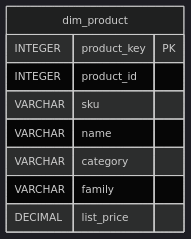
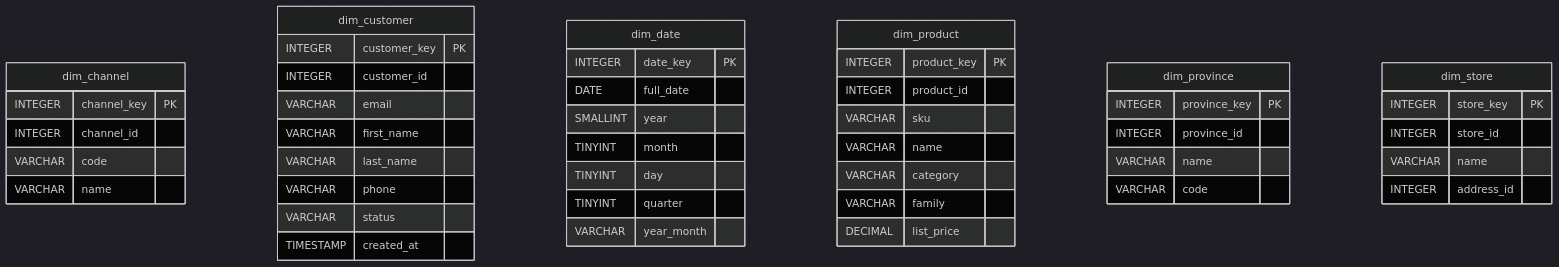
Before and after one commit to LucaGiu204/practica-imond: the diagram in dw/modelo_estrella.md, drawn with Mermaid (dark theme). The commit also changed 6 other files, not shown here.

````diff
--- a/dw/modelo_estrella.md
+++ b/dw/modelo_estrella.md
@@ -5,12 +5,49 @@
 ```mermaid
 erDiagram
+    dim_channel {
+        INTEGER channel_key PK
+        INTEGER channel_id
+        VARCHAR code
+        VARCHAR name
+    }
+    dim_customer {
+        INTEGER customer_key PK
+        INTEGER customer_id
+        VARCHAR email
+        VARCHAR first_name
+        VARCHAR last_name
+        VARCHAR phone
+        VARCHAR status
+        TIMESTAMP created_at
+    }
+    dim_date {
+        INTEGER date_key PK
+        DATE full_date
+        SMALLINT year
+        TINYINT month
+        TINYINT day
+        TINYINT quarter
+        VARCHAR year_month
+    }
     dim_product {
         INTEGER product_key PK
         INTEGER product_id
         VARCHAR sku
         VARCHAR name
         VARCHAR category
         VARCHAR family
         DECIMAL list_price
     }
+    dim_province {
+        INTEGER province_key PK
+        INTEGER province_id
+        VARCHAR name
+        VARCHAR code
+    }
+    dim_store {
+        INTEGER store_key PK
+        INTEGER store_id
+        VARCHAR name
+        INTEGER address_id
+    }
 ```
````
